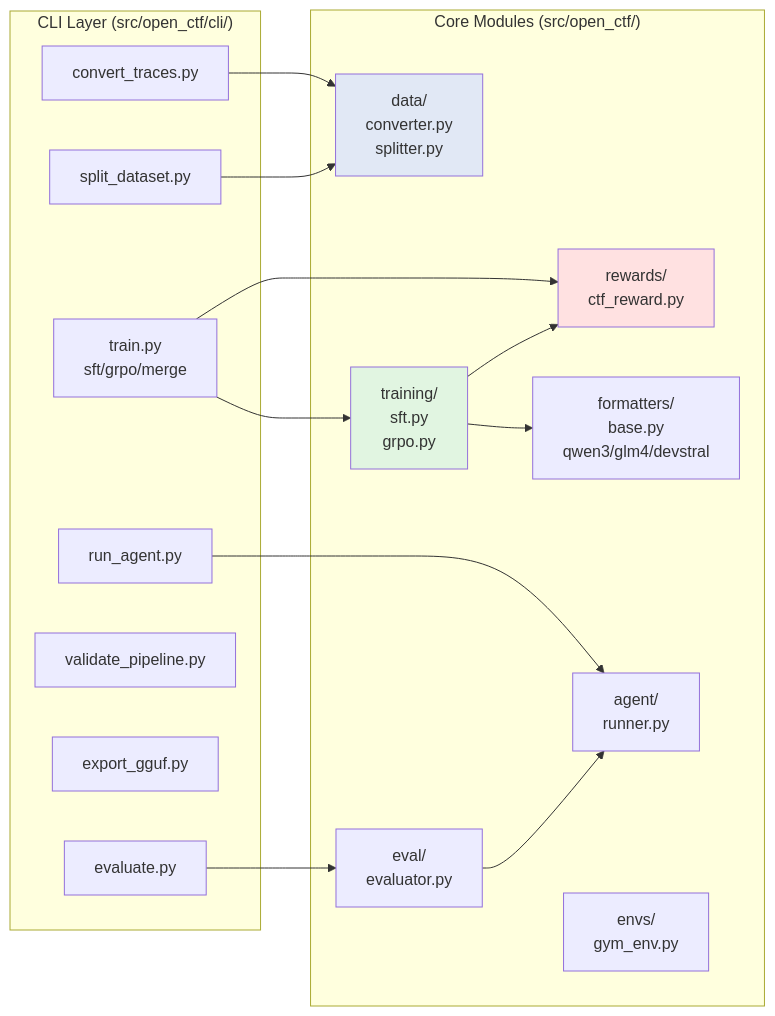
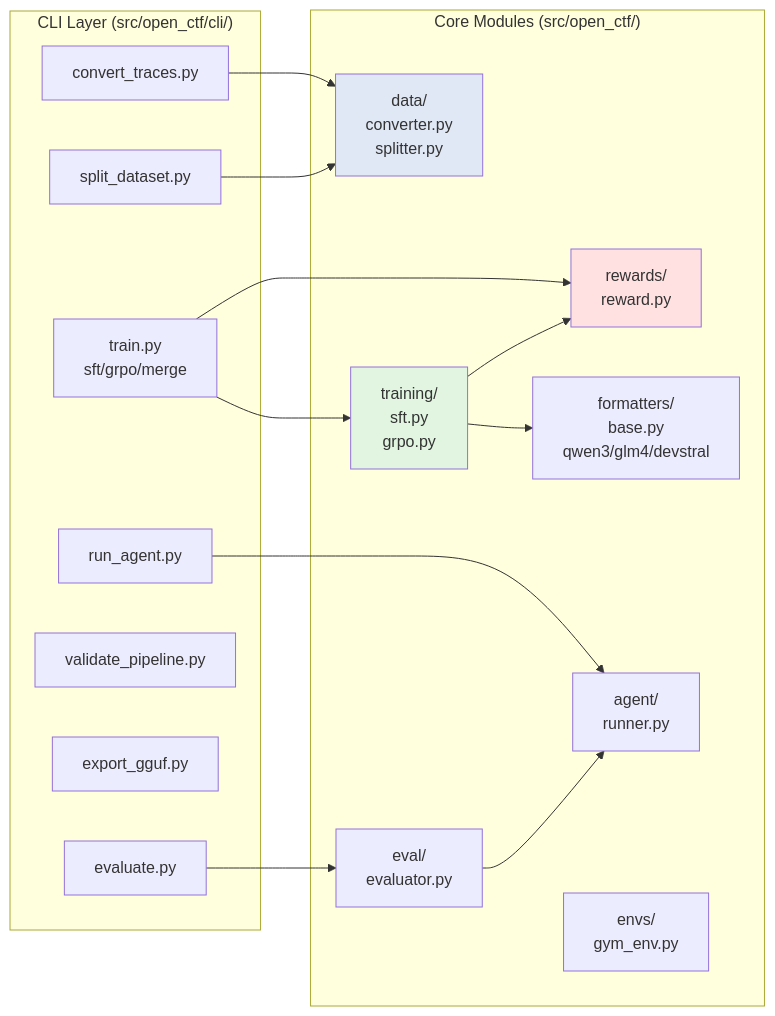
The second of 12 diagrams in docs/architecture.md (westonbrown/open-ctf-env), drawn with Mermaid before and after one commit. The commit also changed other lines of this file and 16 other files, not shown here.

````diff
--- a/docs/architecture.md
+++ b/docs/architecture.md
@@ -49,37 +49,37 @@
 ```mermaid
 graph LR
     subgraph "CLI Layer (src/open_ctf/cli/)"
         CLI1[train.py<br/>sft/grpo/merge]
         CLI2[convert_traces.py]
         CLI3[run_agent.py]
         CLI4[evaluate.py]
         CLI5[validate_pipeline.py]
         CLI6[export_gguf.py]
         CLI7[split_dataset.py]
     end
 
     subgraph "Core Modules (src/open_ctf/)"
         D1[data/<br/>converter.py<br/>splitter.py]
         T1[training/<br/>sft.py<br/>grpo.py]
-        R1[rewards/<br/>ctf_reward.py]
+        R1[rewards/<br/>reward.py]
         F1[formatters/<br/>base.py<br/>qwen3/glm4/devstral]
         A1[agent/<br/>runner.py]
         E1[eval/<br/>evaluator.py]
         V1[envs/<br/>gym_env.py]
     end
 
     CLI1 --> T1
     CLI1 --> R1
     CLI2 --> D1
     CLI3 --> A1
     CLI4 --> E1
     CLI7 --> D1
 
     T1 --> F1
     T1 --> R1
     E1 --> A1
 
     style T1 fill:#e1f5e1
     style R1 fill:#ffe1e1
     style D1 fill:#e1e8f5
 ```
````
